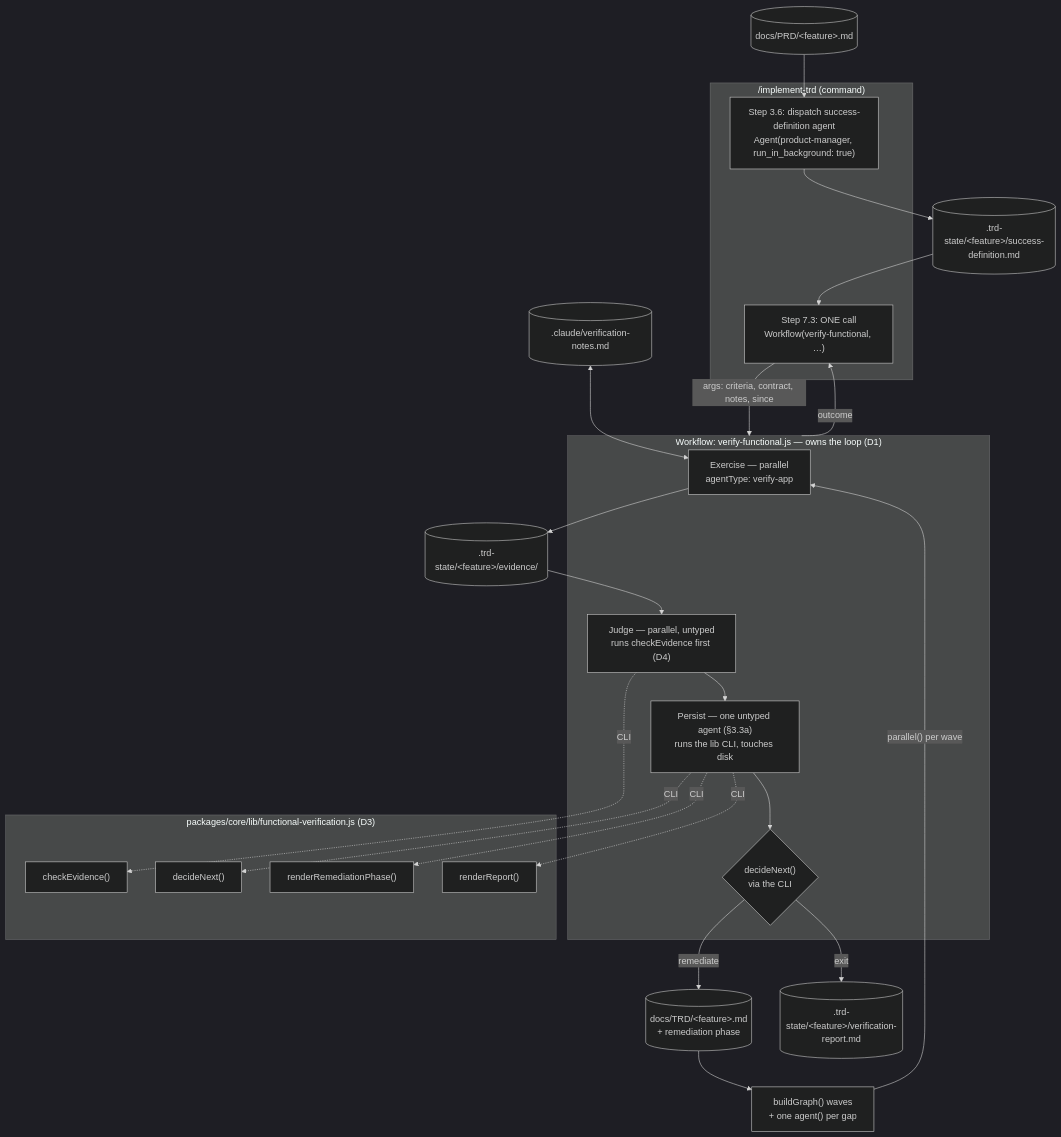
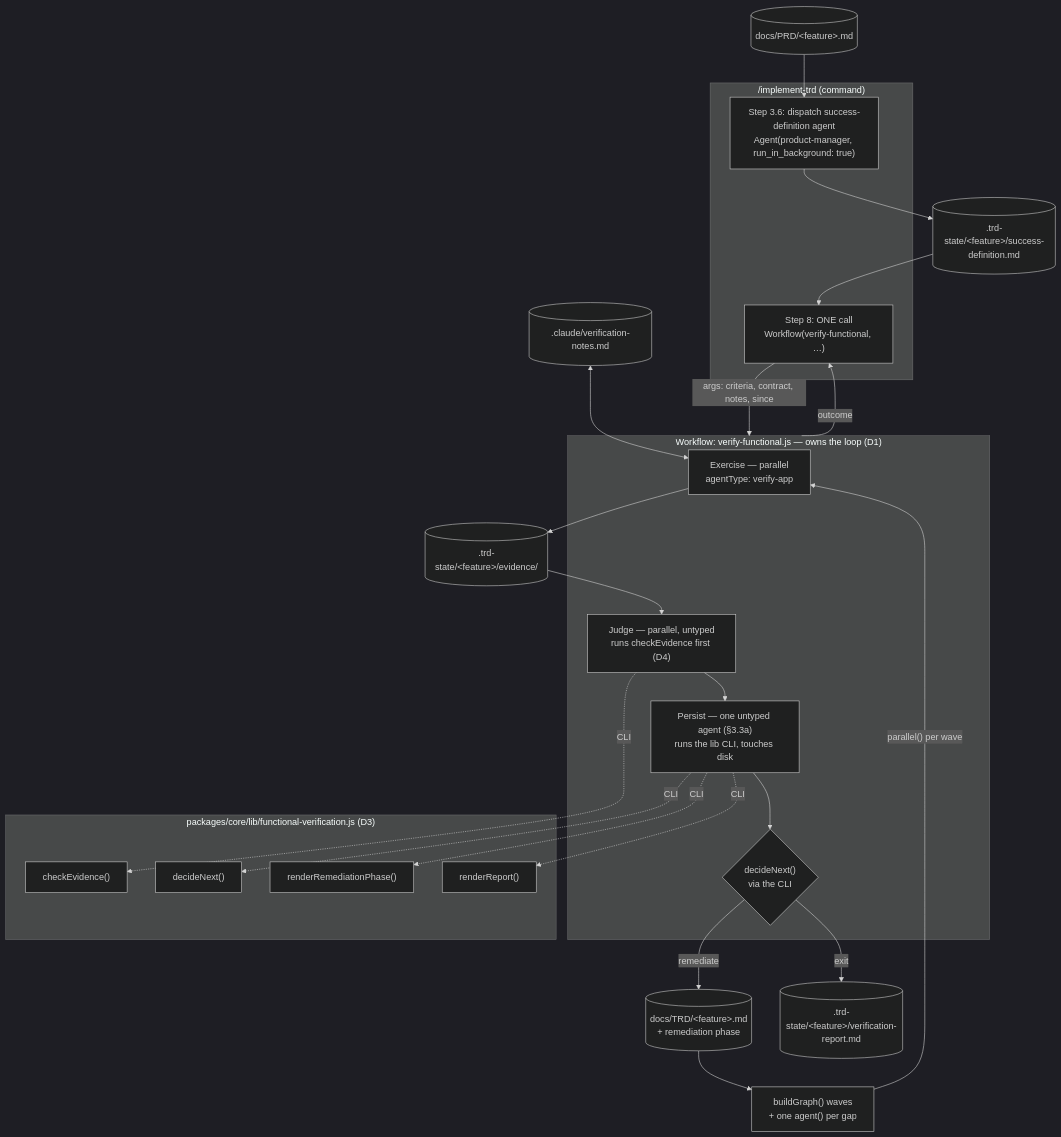
The first of 3 diagrams in docs/TRD/functional-verification.md (FortiumPartners/ensemble-vnext), drawn with Mermaid (dark theme) before and after one commit. The commit also changed other lines of this file, not shown here.

````diff
--- a/docs/TRD/functional-verification.md
+++ b/docs/TRD/functional-verification.md
@@ -112,42 +113,42 @@
 ```mermaid
 graph TB
     subgraph CMD["/implement-trd (command)"]
         DERIVE["Step 3.6: dispatch success-definition agent<br/>Agent(product-manager, run_in_background: true)"]
-        CALL["Step 7.3: ONE call<br/>Workflow(verify-functional, …)"]
+        CALL["Step 8: ONE call<br/>Workflow(verify-functional, …)"]
     end
 
     subgraph WF["Workflow: verify-functional.js — owns the loop (D1)"]
         EX["Exercise — parallel<br/>agentType: verify-app"]
         JU["Judge — parallel, untyped<br/>runs checkEvidence first (D4)"]
         PS["Persist — one untyped agent (§3.3a)<br/>runs the lib CLI, touches disk"]
         DEC{"decideNext()<br/>via the CLI"}
     end
 
     subgraph LIB["packages/core/lib/functional-verification.js (D3)"]
         CHK["checkEvidence()"]
         DECF["decideNext()"]
         REM["renderRemediationPhase()"]
         REP["renderReport()"]
     end
 
     IP["buildGraph() waves<br/>+ one agent() per gap"]
 
     PRD[("docs/PRD/&lt;feature&gt;.md")] --> DERIVE
     DERIVE --> SD[(".trd-state/&lt;feature&gt;/success-definition.md")]
     SD --> CALL
     CALL -->|args: criteria, contract, notes, since| WF
     EX --> EV[(".trd-state/&lt;feature&gt;/evidence/")]
     EV --> JU
     JU -.->|CLI| CHK
     NOTES[(".claude/verification-notes.md")] <--> EX
     JU --> PS
     PS -.->|CLI| DECF
     PS -.->|CLI| REM
     PS -.->|CLI| REP
     PS --> DEC
     DEC -->|remediate| TRD[("docs/TRD/&lt;feature&gt;.md<br/>+ remediation phase")]
     TRD --> IP
     IP -->|"parallel() per wave"| EX
     DEC -->|exit| RPT[(".trd-state/&lt;feature&gt;/verification-report.md")]
     WF -->|outcome| CALL
 ```
````
